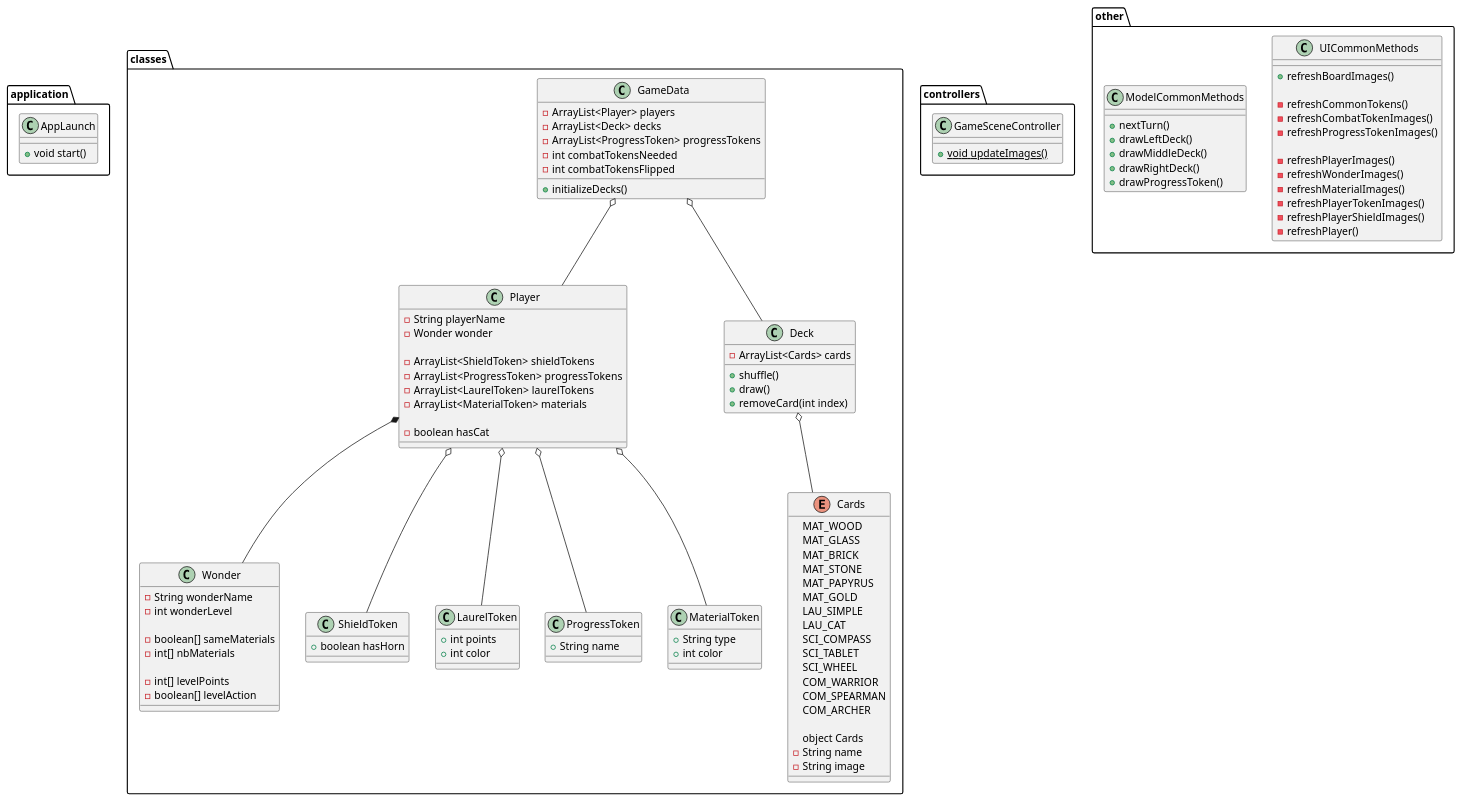
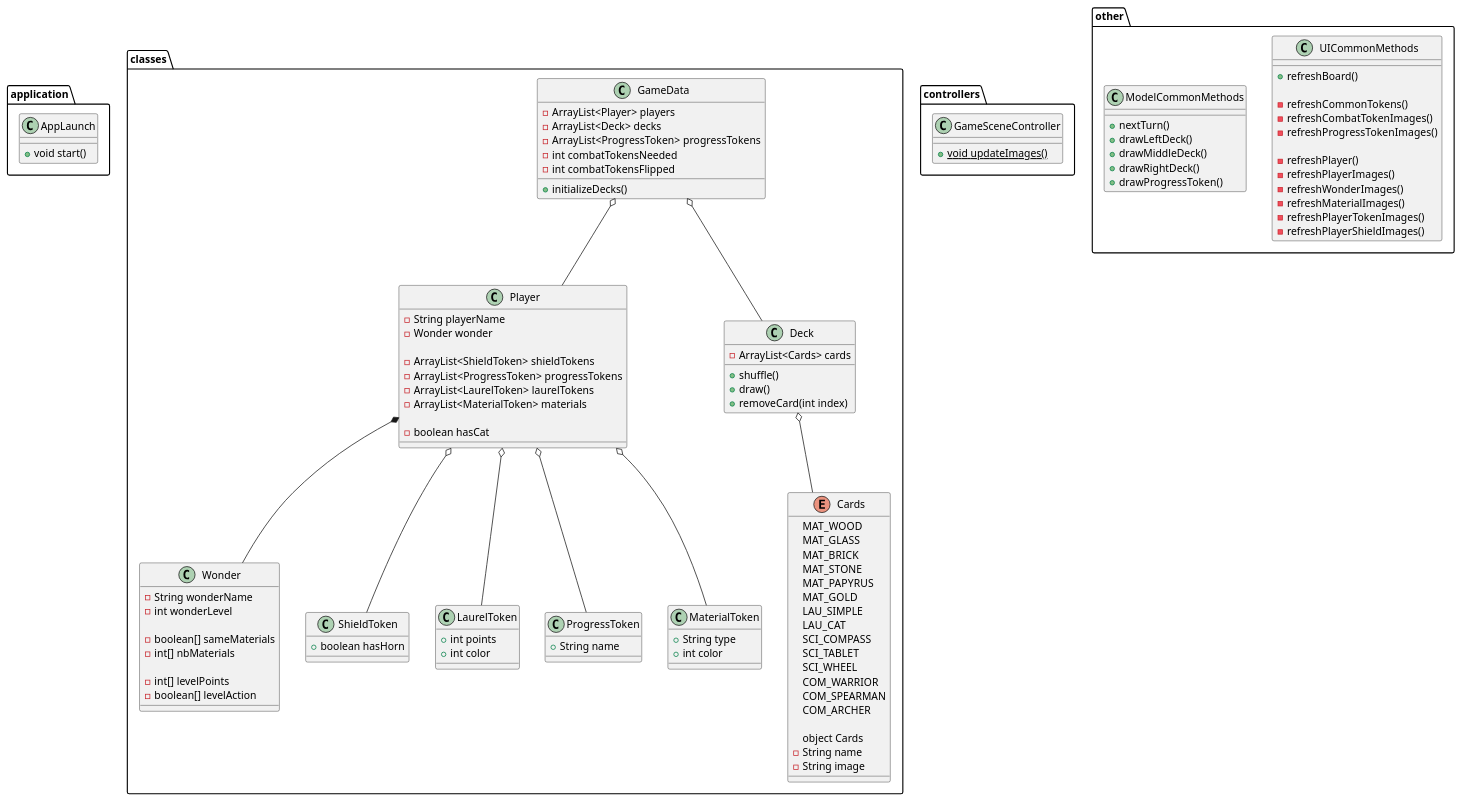
Before and after one commit to LeCarnotzetVeveysan/GameSevenWondersArchitect: the diagram in src/main/resources/other/7WUML.puml, drawn with PlantUML. The commit also changed 9 other files, not shown here.

Commit message:
Update folders with uml

```diff
--- a/src/main/resources/other/7WUML.puml
+++ b/src/main/resources/other/7WUML.puml
@@ -1,142 +1,141 @@
 @startuml
 'https://plantuml.com/class-diagram
 
 package application {
 
     class AppLaunch {
         + void start()
     }
 
 }
 
 package classes {
     class GameData {
         - ArrayList<Player> players
         - ArrayList<Deck> decks
         - ArrayList<ProgressToken> progressTokens
         - int combatTokensNeeded
         - int combatTokensFlipped
         + initializeDecks()
     }
 
     class Player {
         - String playerName
         - Wonder wonder
 
         - ArrayList<ShieldToken> shieldTokens
         - ArrayList<ProgressToken> progressTokens
         - ArrayList<LaurelToken> laurelTokens
         - ArrayList<MaterialToken> materials
 
         - boolean hasCat
     }
 
     class Wonder {
         - String wonderName
         - int wonderLevel
 
         - boolean[] sameMaterials
         - int[] nbMaterials
 
         - int[] levelPoints
         - boolean[] levelAction
     }
 
     enum Cards {
         MAT_WOOD
         MAT_GLASS
         MAT_BRICK
         MAT_STONE
         MAT_PAPYRUS
         MAT_GOLD
         LAU_SIMPLE
         LAU_CAT
         SCI_COMPASS
         SCI_TABLET
         SCI_WHEEL
         COM_WARRIOR
         COM_SPEARMAN
         COM_ARCHER
 
         object Cards
         - String name
         - String image
     }
 
     class Deck {
         - ArrayList<Cards> cards
         + shuffle()
         + draw()
         + removeCard(int index)
     }
 
     class ShieldToken {
         + boolean hasHorn
     }
 
     class LaurelToken {
         + int points
         + int color
     }
 
     class ProgressToken {
         + String name
     }
 
     class MaterialToken {
         + String type
         + int color
     }
 
 
 
 }
 
 package controllers {
 
     class GameSceneController {
         + {static} void updateImages()
     }
 
 }
 
 package other {
 
     class UICommonMethods {
-        + refreshBoardImages()
+        + refreshBoard()
 
         - refreshCommonTokens()
         - refreshCombatTokenImages()
         - refreshProgressTokenImages()
 
+        - refreshPlayer()
         - refreshPlayerImages()
         - refreshWonderImages()
         - refreshMaterialImages()
         - refreshPlayerTokenImages()
         - refreshPlayerShieldImages()
-        - refreshPlayer()
-
     }
 
     class ModelCommonMethods {
         + nextTurn()
         + drawLeftDeck()
         + drawMiddleDeck()
         + drawRightDeck()
         + drawProgressToken()
     }
 
 }
 
 
 GameData o-- Player
 GameData o-- Deck
 Deck o-- Cards
 Player *-- Wonder
 Player o-- MaterialToken
 Player o-- ShieldToken
 Player o-- LaurelToken
 Player o-- ProgressToken
 
 
 @enduml
```
